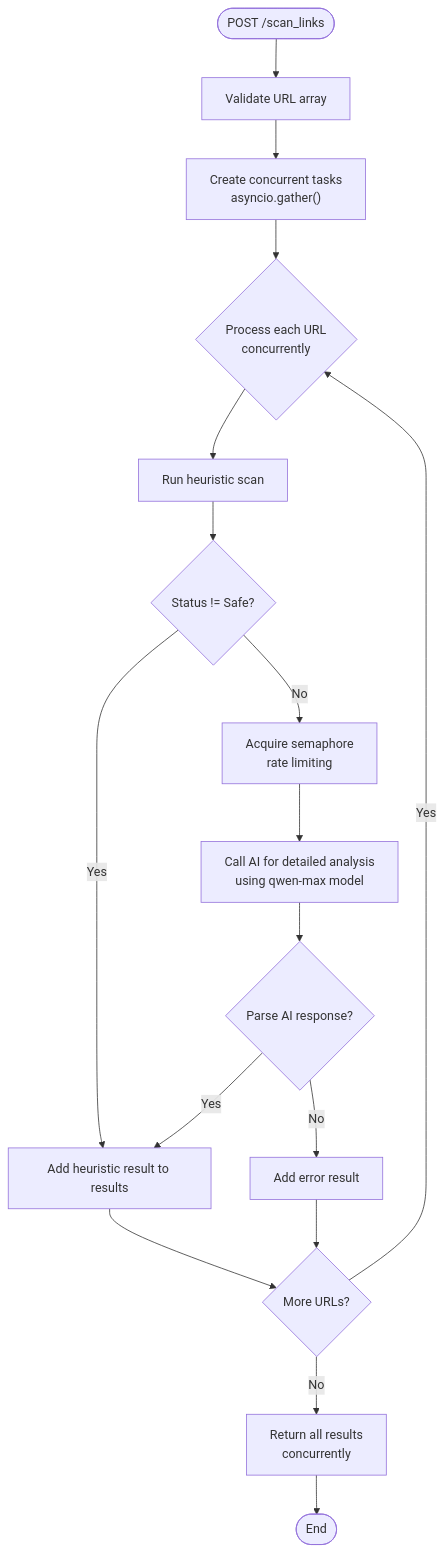
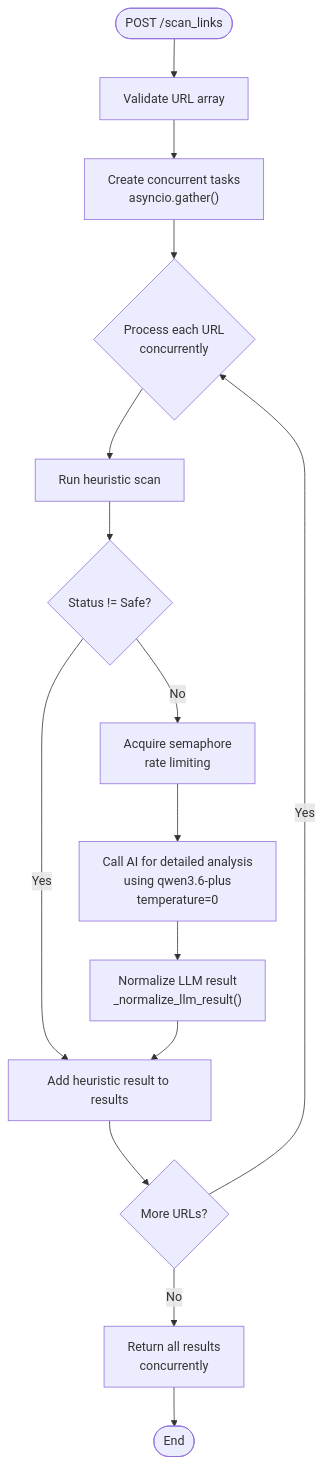
The fourth of 5 diagrams in .qoder/repowiki/en/content/Backend API Documentation.md (Aymanaahh/scrollguard-ai), drawn with Mermaid before and after one commit. The commit also changed other lines of this file and 33 other files, not shown here.

````diff
--- a/.qoder/repowiki/en/content/Backend API Documentation.md
+++ b/.qoder/repowiki/en/content/Backend API Documentation.md
@@ -305,19 +328,17 @@
 ```mermaid
 flowchart TD
 Start(["POST /scan_links"]) --> Validate["Validate URL array"]
 Validate --> CreateTasks["Create concurrent tasks<br/>asyncio.gather()"]
 CreateTasks --> Loop{"Process each URL<br/>concurrently"}
 Loop --> Heuristic["Run heuristic scan"]
 Heuristic --> Check{"Status != Safe?"}
 Check --> |Yes| AddResult["Add heuristic result to results"]
 Check --> |No| Semaphore["Acquire semaphore<br/>rate limiting"]
-Semaphore --> CallLLM["Call AI for detailed analysis<br/>using qwen-max model"]
-CallLLM --> Parse{"Parse AI response?"}
-Parse --> |Yes| AddResult
-Parse --> |No| AddError["Add error result"]
+Semaphore --> CallLLM["Call AI for detailed analysis<br/>using qwen3.6-plus<br/>temperature=0"]
+CallLLM --> Normalize["Normalize LLM result<br/>_normalize_llm_result()"]
+Normalize --> AddResult
 AddResult --> NextURL{"More URLs?"}
-AddError --> NextURL
 NextURL --> |Yes| Loop
 NextURL --> |No| ReturnResults["Return all results<br/>concurrently"]
 ReturnResults --> End(["End"])
 ```
````
